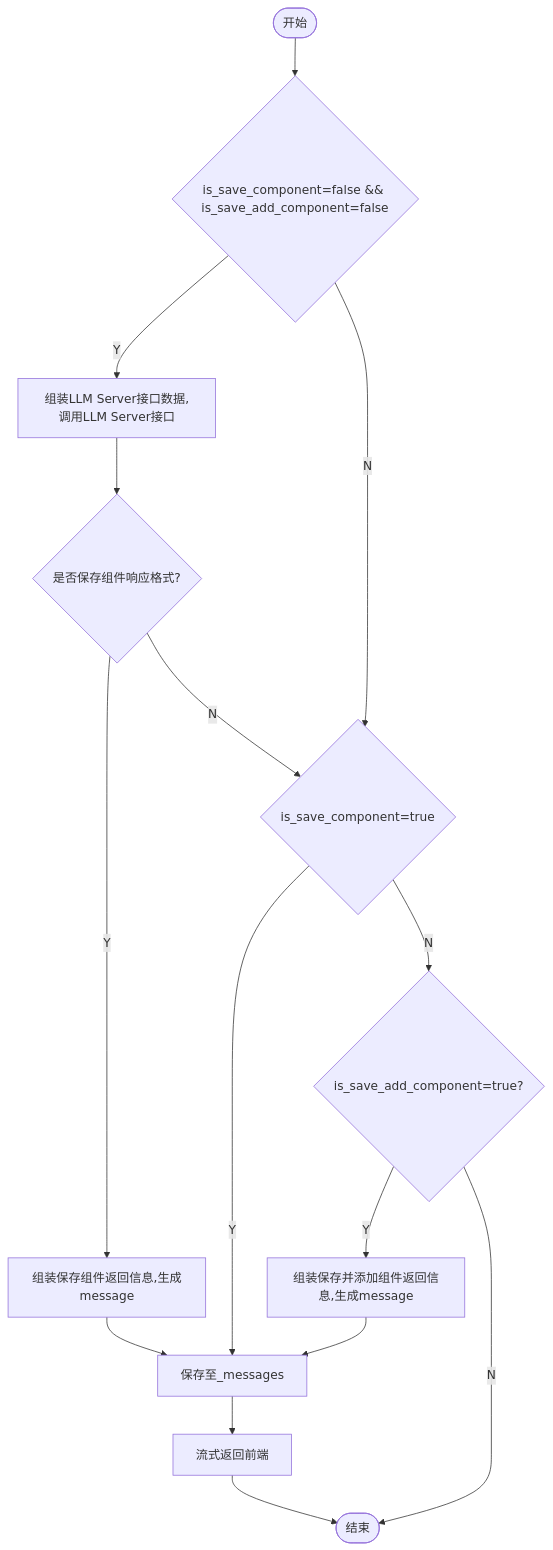
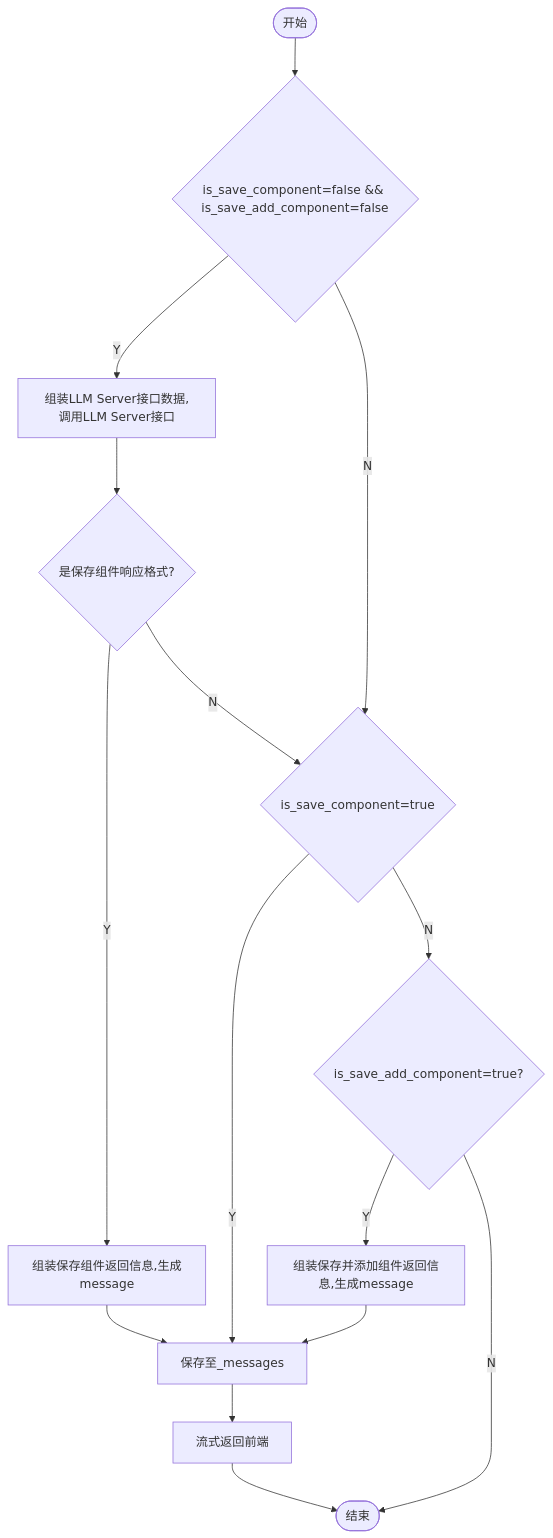
One commit to yingjianzh/iodraw-files changed the diagram in all/未命名-7.md. Above: the diagram before and after it, drawn with Mermaid.

Commit message:
2024-10-12 14:05:42 update

````diff
--- a/all/未命名-7.md
+++ b/all/未命名-7.md
@@ -1,18 +1,18 @@
 ```mermaid
 flowchart TD
     A([开始]) --> B{is_save_component=false && is_save_add_component=false}
     B -- Y --> C[组装LLM Server接口数据,调用LLM Server接口]
     B -- N --> D{is_save_component=true}
-    C --> E{是否保存组件响应格式?}
+    C --> E{是保存组件响应格式?}
     E -- Y --> F[组装保存组件返回信息,生成message]
     E -- N --> D
     F --> G[保存至_messages]
     G --> H[流式返回前端]
     H --> I([结束])
     D -- Y --> G
     D -- N --> J{is_save_add_component=true?}
     J -- Y --> K[组装保存并添加组件返回信息,生成message]
     K --> G
     J -- N --> I
 
 ```
````
